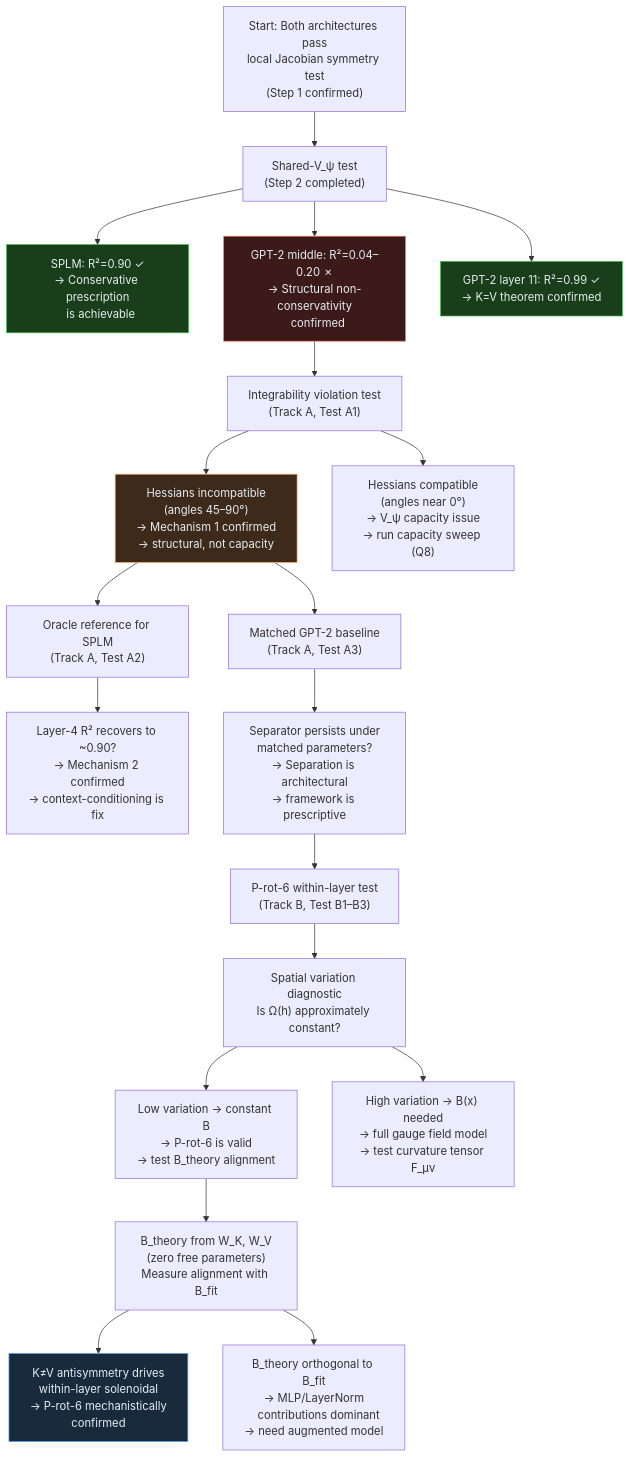
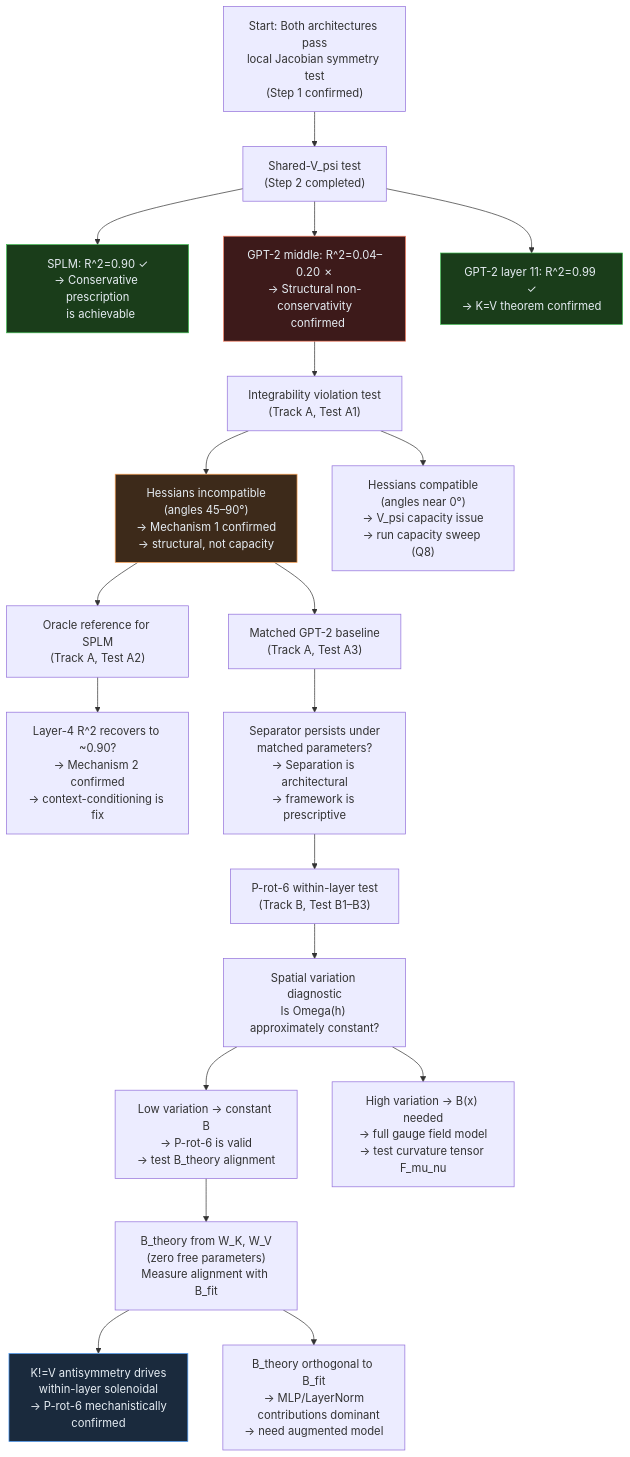
Before and after one commit to dimitarpg13/semsimula-paper: the second of 2 diagrams in companion_notes/Considered_Non-Autonomous_Conservative_Mechanisms.md, drawn with Mermaid. The commit also changed other lines of this file and 36 other files, not shown here.

First line of the commit message:
Sync companion notes: Claim A status update, Mermaid/LaTeX fixes, new files

````diff
--- a/companion_notes/Considered_Non-Autonomous_Conservative_Mechanisms.md
+++ b/companion_notes/Considered_Non-Autonomous_Conservative_Mechanisms.md
@@ -1135,39 +1111,39 @@
 ```mermaid
 flowchart TD
     START["Start: Both architectures pass\nlocal Jacobian symmetry test\n(Step 1 confirmed)"]
     
-    START --> SHARED_V["Shared-V_ψ test\n(Step 2 completed)"]
+    START --> SHARED_V["Shared-V_psi test\n(Step 2 completed)"]
     
-    SHARED_V --> SPLM_PASS["SPLM: R²=0.90 ✓\n→ Conservative prescription\n  is achievable"]
-    SHARED_V --> GPT2_FAIL["GPT-2 middle: R²=0.04–0.20 ✗\n→ Structural non-conservativity\n  confirmed"]
-    SHARED_V --> GPT2_PASS["GPT-2 layer 11: R²=0.99 ✓\n→ K=V theorem confirmed"]
+    SHARED_V --> SPLM_PASS["SPLM: R^2=0.90 ✓\n-> Conservative prescription\n  is achievable"]
+    SHARED_V --> GPT2_FAIL["GPT-2 middle: R^2=0.04–0.20 ✗\n-> Structural non-conservativity\n  confirmed"]
+    SHARED_V --> GPT2_PASS["GPT-2 layer 11: R^2=0.99 ✓\n-> K=V theorem confirmed"]
     
     GPT2_FAIL --> INTEG["Integrability violation test\n(Track A, Test A1)"]
     
-    INTEG --> INTEG_FAIL["Hessians incompatible\n(angles 45–90°)\n→ Mechanism 1 confirmed\n→ structural, not capacity"]
-    INTEG --> INTEG_PASS["Hessians compatible\n(angles near 0°)\n→ V_ψ capacity issue\n→ run capacity sweep (Q8)"]
+    INTEG --> INTEG_FAIL["Hessians incompatible\n(angles 45–90°)\n-> Mechanism 1 confirmed\n-> structural, not capacity"]
+    INTEG --> INTEG_PASS["Hessians compatible\n(angles near 0°)\n-> V_psi capacity issue\n-> run capacity sweep (Q8)"]
     
     INTEG_FAIL --> ORACLE["Oracle reference for SPLM\n(Track A, Test A2)"]
     INTEG_FAIL --> MATCHED["Matched GPT-2 baseline\n(Track A, Test A3)"]
     
-    ORACLE --> ORACLE_RESULT["Layer-4 R² recovers to ~0.90?\n→ Mechanism 2 confirmed\n→ context-conditioning is fix"]
-    MATCHED --> MATCHED_RESULT["Separator persists under\nmatched parameters?\n→ Separation is architectural\n→ framework is prescriptive"]
+    ORACLE --> ORACLE_RESULT["Layer-4 R^2 recovers to ~0.90?\n-> Mechanism 2 confirmed\n-> context-conditioning is fix"]
+    MATCHED --> MATCHED_RESULT["Separator persists under\nmatched parameters?\n-> Separation is architectural\n-> framework is prescriptive"]
     
     MATCHED_RESULT --> PROT6["P-rot-6 within-layer test\n(Track B, Test B1–B3)"]
     
-    PROT6 --> PROT6_SPATIAL["Spatial variation diagnostic\nIs Ω(h) approximately constant?"]
+    PROT6 --> PROT6_SPATIAL["Spatial variation diagnostic\nIs Omega(h) approximately constant?"]
     
-    PROT6_SPATIAL --> CONST_B["Low variation → constant B\n→ P-rot-6 is valid\n→ test B_theory alignment"]
-    PROT6_SPATIAL --> FULL_BX["High variation → B(x) needed\n→ full gauge field model\n→ test curvature tensor F_μν"]
+    PROT6_SPATIAL --> CONST_B["Low variation -> constant B\n-> P-rot-6 is valid\n-> test B_theory alignment"]
+    PROT6_SPATIAL --> FULL_BX["High variation -> B(x) needed\n-> full gauge field model\n-> test curvature tensor F_mu_nu"]
     
     CONST_B --> B_THEORY["B_theory from W_K, W_V\n(zero free parameters)\nMeasure alignment with B_fit"]
     
-    B_THEORY --> CONFIRM["K≠V antisymmetry drives\nwithin-layer solenoidal\n→ P-rot-6 mechanistically\n   confirmed"]
-    B_THEORY --> REJECT["B_theory orthogonal to B_fit\n→ MLP/LayerNorm\n   contributions dominant\n→ need augmented model"]
+    B_THEORY --> CONFIRM["K!=V antisymmetry drives\nwithin-layer solenoidal\n-> P-rot-6 mechanistically\n   confirmed"]
+    B_THEORY --> REJECT["B_theory orthogonal to B_fit\n-> MLP/LayerNorm\n   contributions dominant\n-> need augmented model"]
 
     style SPLM_PASS fill:#1a3d1a,stroke:#3fb950,color:#e6edf3
     style GPT2_FAIL fill:#3d1a1a,stroke:#f78166,color:#e6edf3
     style GPT2_PASS fill:#1a3d1a,stroke:#3fb950,color:#e6edf3
     style INTEG_FAIL fill:#3d2a1a,stroke:#ffa657,color:#e6edf3
     style CONFIRM fill:#1a2a3d,stroke:#58a6ff,color:#e6edf3
 ```
````
